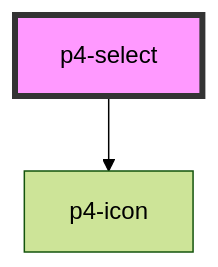
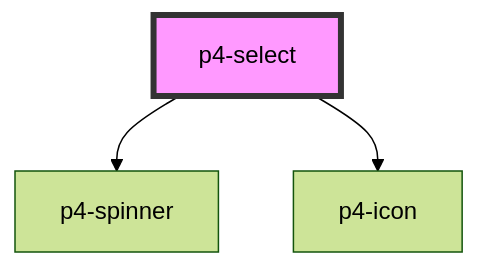
The diagram in src/components/p4-select/readme.md (goatui/components), drawn with Mermaid (forest theme) before and after one commit. The commit also changed other lines of this file and 64 other files, not shown here.

Commit message:
publishing textarea, select, icon, spinner

````diff
--- a/src/components/p4-select/readme.md
+++ b/src/components/p4-select/readme.md
@@ -46,5 +72,6 @@
 ```mermaid
 graph TD;
+  p4-select --> p4-spinner
   p4-select --> p4-icon
   style p4-select fill:#f9f,stroke:#333,stroke-width:4px
 ```
````
